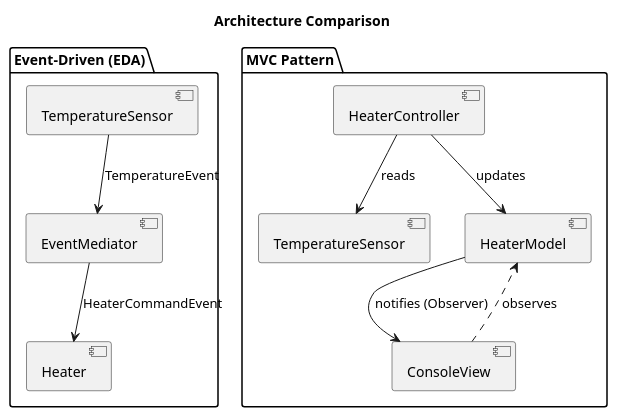
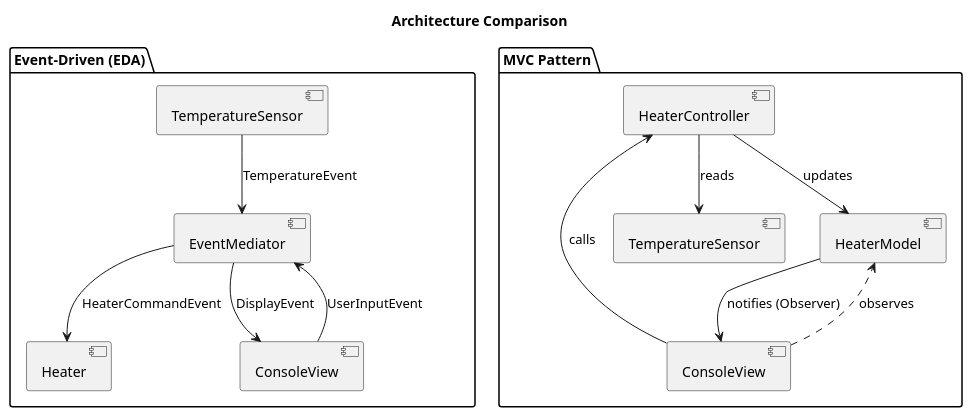
The diagram in plant_uml/mvc_eda_comparison.puml (YasCay/ArchitecturalPatterns), drawn with PlantUML before and after one commit. The commit also changed 1 other file, not shown here.

Commit message:
Enhance EDA and MVC comparison diagram by adding ConsoleView and user interaction events

```diff
--- a/plant_uml/mvc_eda_comparison.puml
+++ b/plant_uml/mvc_eda_comparison.puml
@@ -1,27 +1,31 @@
 @startuml Architecture_Comparison
 title Architecture Comparison
 
 package "Event-Driven (EDA)" {
   [TemperatureSensor] as eda_sensor
   [EventMediator] as eda_mediator
   [Heater] as eda_heater
-  
+  [ConsoleView] as eda_view
+
+  eda_view -down-> eda_mediator : UserInputEvent
+  eda_mediator -down-> eda_view : DisplayEvent
   eda_sensor -down-> eda_mediator : TemperatureEvent
   eda_mediator -down-> eda_heater : HeaterCommandEvent
   
 }
 
 package "MVC Pattern" {
   [TemperatureSensor] as mvc_sensor
   [HeaterModel] as mvc_model
   [ConsoleView] as mvc_view
   [HeaterController] as mvc_controller
 
   mvc_controller -down-> mvc_sensor : reads
   mvc_controller -down-> mvc_model : updates
   mvc_model -down-> mvc_view : notifies (Observer)
+  mvc_view -down-> mvc_controller : calls
   mvc_view ..> mvc_model : observes
 
 }
 
 @enduml
```
